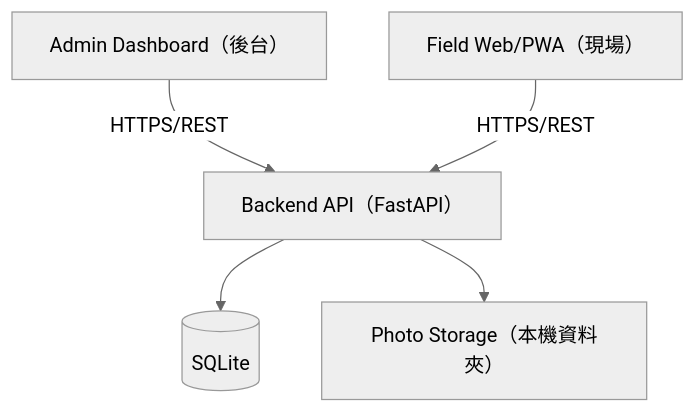
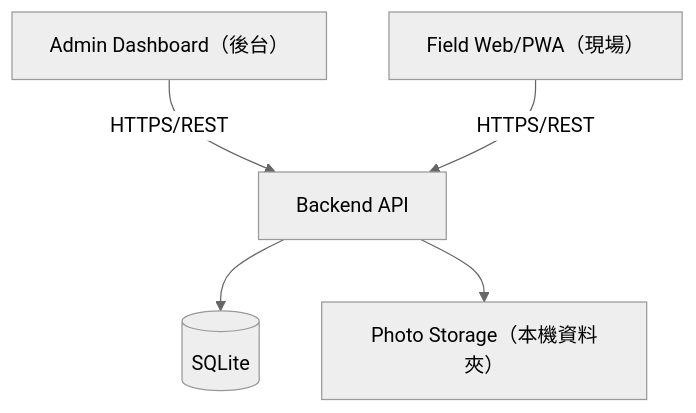
The second of 8 diagrams in docs/intents/01-overview.md (speko-tw/inspect-flow), drawn with Mermaid (neutral theme) before and after one commit. The commit also changed other lines of this file and 5 other files, not shown here.

````diff
--- a/docs/intents/01-overview.md
+++ b/docs/intents/01-overview.md
@@ -189,7 +136,7 @@
 ```mermaid
 flowchart TB
-  AdminUI["Admin Dashboard（後台）"] -->|HTTPS/REST| API["Backend API（FastAPI）"]
+  AdminUI["Admin Dashboard（後台）"] -->|HTTPS/REST| API["Backend API"]
   FieldUI["Field Web/PWA（現場）"] -->|HTTPS/REST| API
   API --> DB[("SQLite")]
   API --> Storage["Photo Storage（本機資料夾）"]
 ```
````
